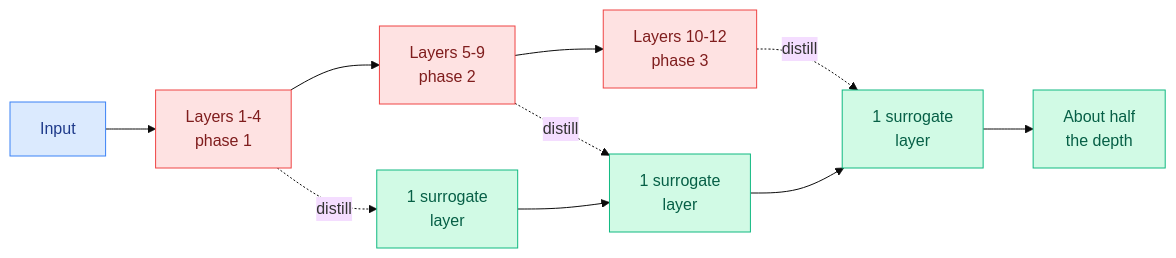
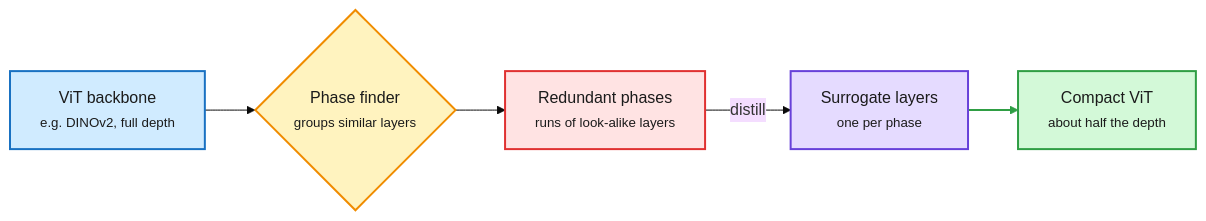
Before and after one commit to bayesiansapien/cere-bro: the third of 9 diagrams in wiki/daily-digest/2026-09/2026-09-27.md, drawn with Mermaid (base theme). The commit also changed other lines of this file, not shown here.

````diff
--- a/wiki/daily-digest/2026-09/2026-09-27.md
+++ b/wiki/daily-digest/2026-09/2026-09-27.md
@@ -140,16 +158,18 @@
 ```mermaid
 flowchart LR
-  I[Input] --> A[Layers 1-4<br/>phase 1]
-  A --> B[Layers 5-9<br/>phase 2]
-  B --> C[Layers 10-12<br/>phase 3]
-  A -.distill.-> A2[1 surrogate<br/>layer]
-  B -.distill.-> B2[1 surrogate<br/>layer]
-  C -.distill.-> C2[1 surrogate<br/>layer]
-  A2 --> B2 --> C2 --> O[About half<br/>the depth]
-  classDef input fill:#dbeafe,stroke:#3b82f6,color:#1e3a8a
-  classDef warn fill:#fee2e2,stroke:#ef4444,color:#7f1d1d
-  classDef output fill:#d1fae5,stroke:#10b981,color:#065f46
-  class I input
-  class A,B,C warn
-  class A2,B2,C2,O output
+  V["ViT backbone<br/><small>e.g. DINOv2, full depth</small>"] --> P{"Phase finder<br/><small>groups similar layers</small>"}
+  P --> R["Redundant phases<br/><small>runs of look-alike layers</small>"]
+  R -->|distill| D["Surrogate layers<br/><small>one per phase</small>"]
+  D --> O["Compact ViT<br/><small>about half the depth</small>"]
+  classDef input fill:#d0ebff,stroke:#1971c2,color:#1b1b1b,stroke-width:2px
+  classDef core fill:#e5dbff,stroke:#6741d9,color:#1b1b1b,stroke-width:2px
+  classDef loop fill:#fff3bf,stroke:#f08c00,color:#1b1b1b,stroke-width:2px
+  classDef exit fill:#d3f9d8,stroke:#2f9e44,color:#1b1b1b,stroke-width:2px
+  classDef err fill:#ffe3e3,stroke:#e03131,color:#1b1b1b,stroke-width:2px
+  class V input
+  class P loop
+  class R err
+  class D core
+  class O exit
+  linkStyle 3 stroke:#2f9e44,stroke-width:2px
 ```
````
